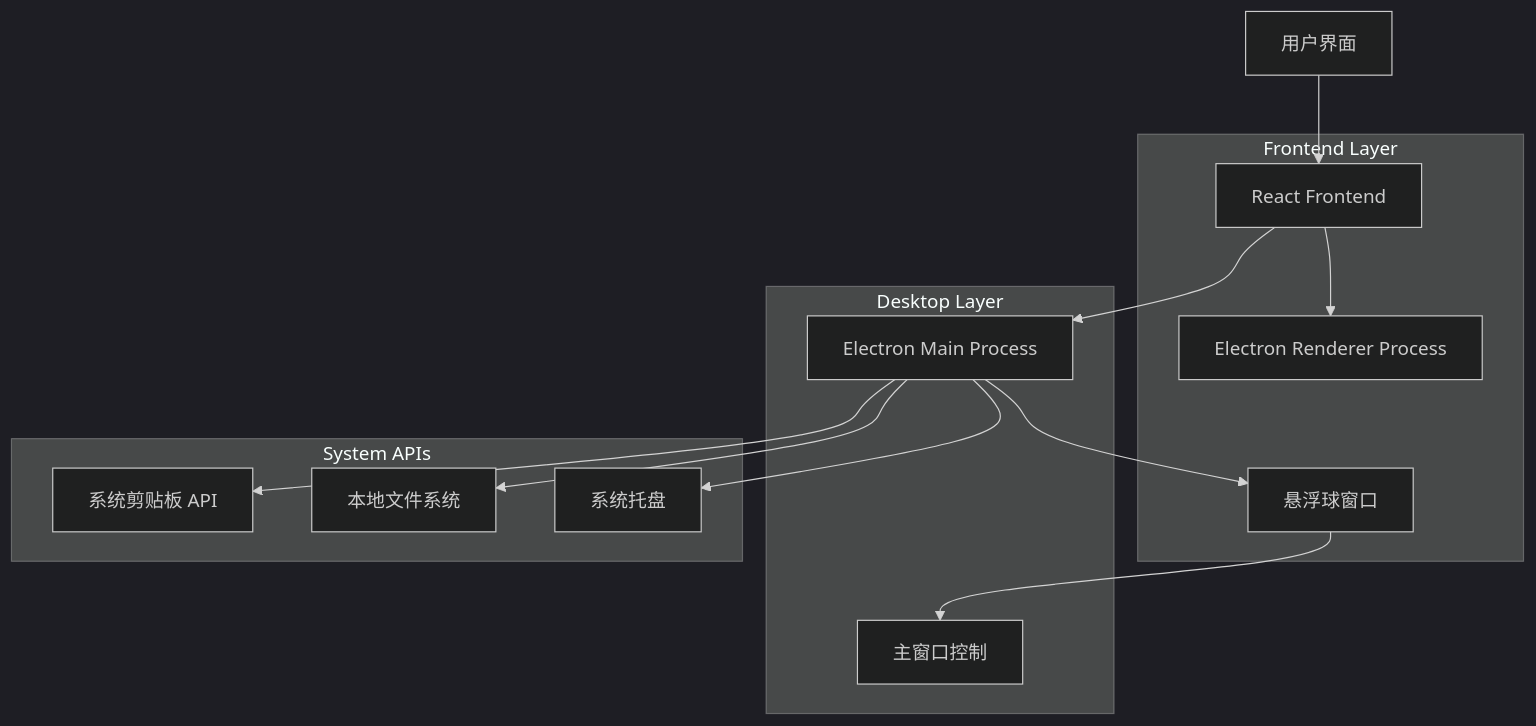
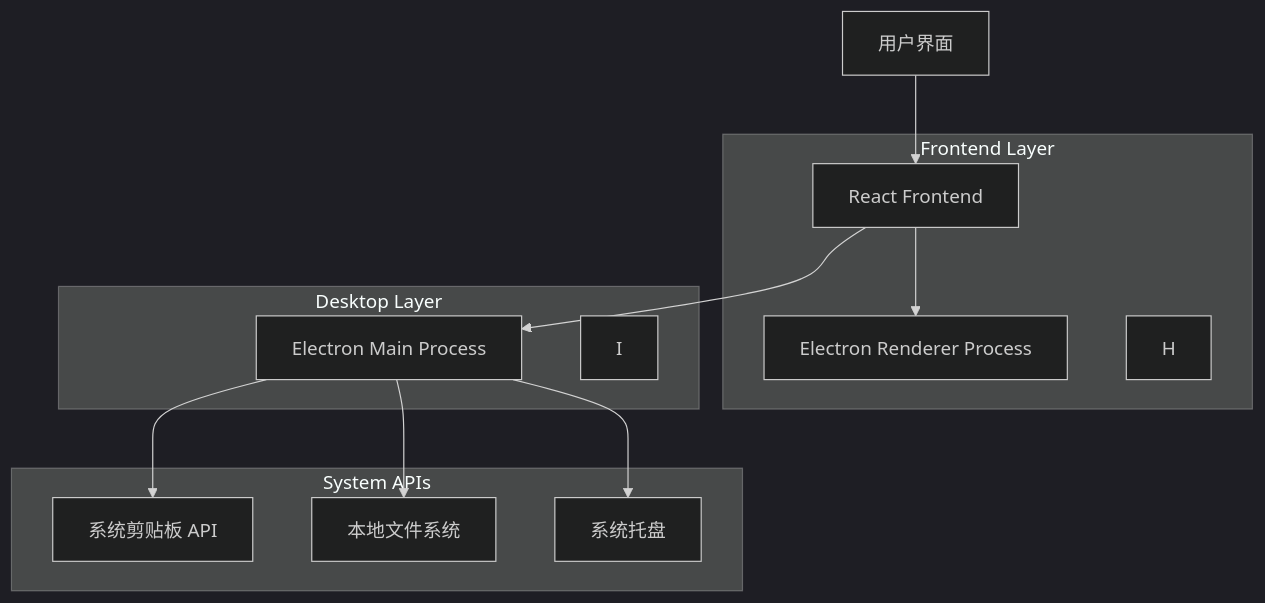
One commit to Liu-xc/clipboard-viewer changed the first of 3 diagrams in .trae/documents/clipboard-viewer-architecture.md. Above: the diagram before and after it, drawn with Mermaid (dark theme). The commit also changed other lines of this file and 20 other files, not shown here.

````diff
--- a/.trae/documents/clipboard-viewer-architecture.md
+++ b/.trae/documents/clipboard-viewer-architecture.md
@@ -5,28 +5,27 @@
 ```mermaid
 graph TD
   A[用户界面] --> B[React Frontend]
   B --> C[Electron Main Process]
   B --> D[Electron Renderer Process]
   C --> E[系统剪贴板 API]
   C --> F[本地文件系统]
   C --> G[系统托盘]
-  C --> H[悬浮球窗口]
-  H --> I[主窗口控制]
+
   
   subgraph "Frontend Layer"
     B
     D
     H
   end
   
   subgraph "Desktop Layer"
     C
     I
   end
   
   subgraph "System APIs"
     E
     F
     G
   end
 ```
````
